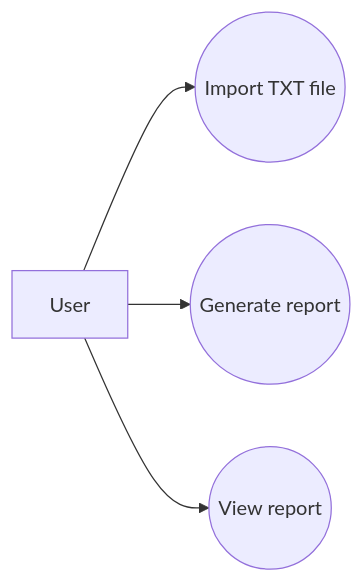
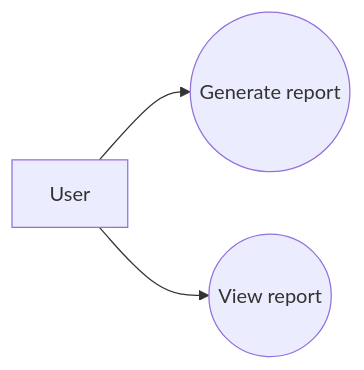
Before and after one commit to RenatoGarciaLopes/JavaIradoNoTxt: the diagram in ClientReport/client-report-use-case.uml.mermaid, drawn with Mermaid.

Commit message:
refactor: update UML diagram in ClientReport to streamline report generation flow

```diff
--- a/ClientReport/client-report-use-case.uml.mermaid
+++ b/ClientReport/client-report-use-case.uml.mermaid
@@ -1,10 +1,8 @@
 flowchart LR
     A[User]
 
-    B((Import TXT file))
     C((Generate report))
     D((View report))
 
-    A --> B
     A --> C
     A --> D
```
